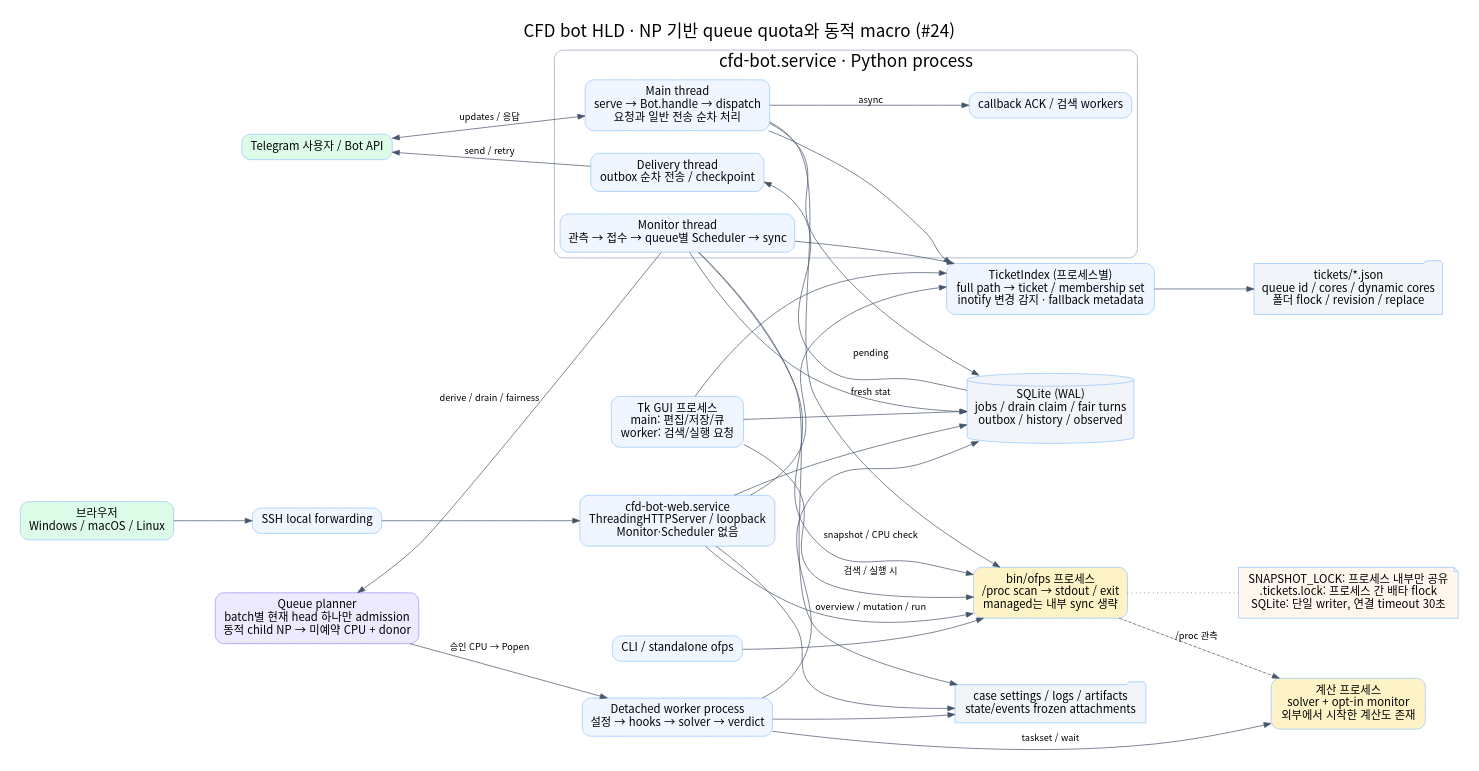
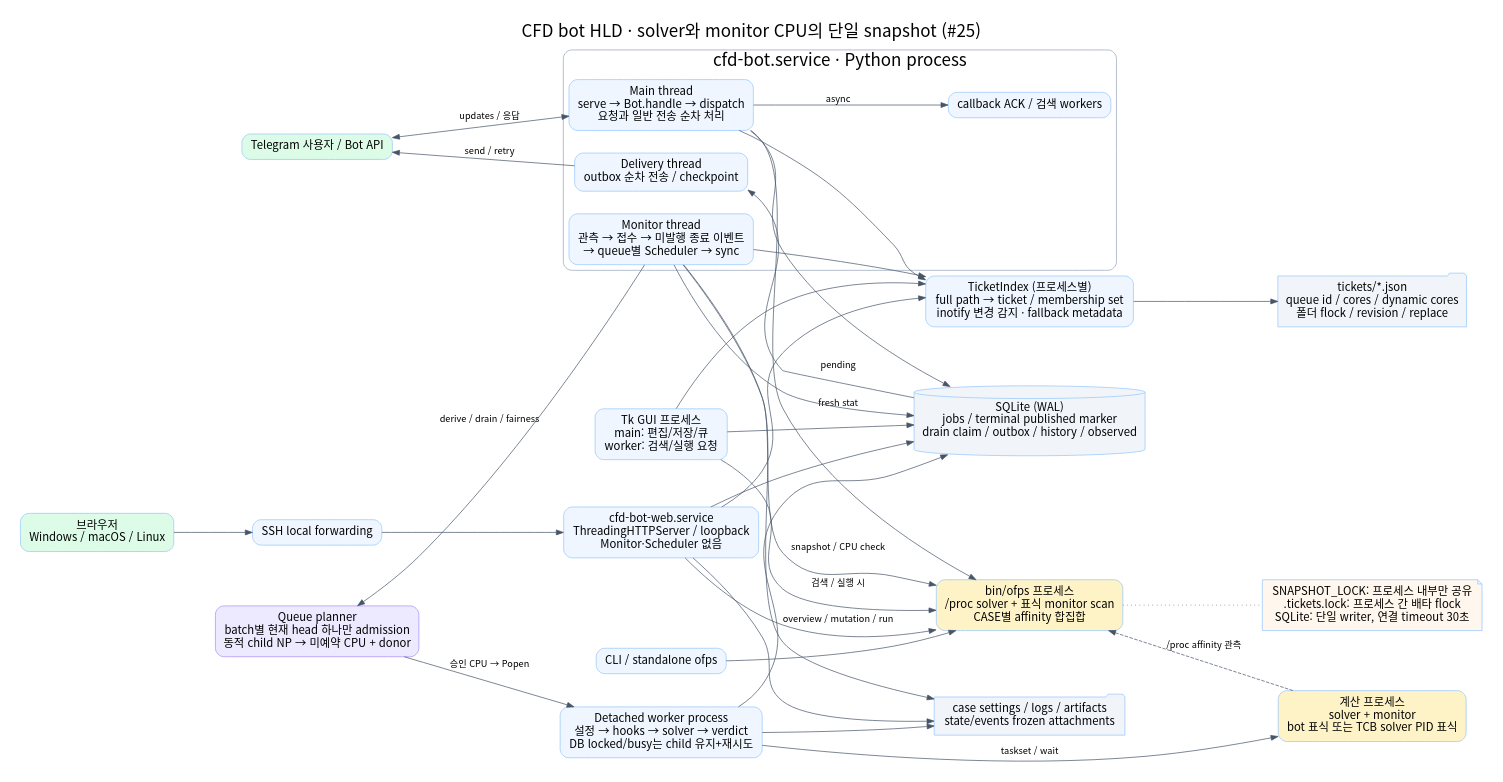
The diagram in docs/diagrams/system-hld.dot (jo0n-lab/cfd-bot), drawn with Graphviz before and after one commit. The commit also changed 45 other files, not shown here.

Commit message:
fix: track monitor CPUs and isolate SQLite lock contention

```diff
--- a/docs/diagrams/system-hld.dot
+++ b/docs/diagrams/system-hld.dot
@@ -1,43 +1,43 @@
 digraph system {
- graph [rankdir=LR,bgcolor="white",pad=0.3,nodesep=0.45,ranksep=0.8,fontname="Noto Sans CJK KR",fontsize=24,label="CFD bot HLD · NP 기반 queue quota와 동적 macro (#24)",labelloc=t];
+ graph [rankdir=LR,bgcolor="white",pad=0.3,nodesep=0.45,ranksep=0.8,fontname="Noto Sans CJK KR",fontsize=24,label="CFD bot HLD · solver와 monitor CPU의 단일 snapshot (#25)",labelloc=t];
  node [shape=box,style="rounded,filled",fillcolor="#eff6ff",color="#93c5fd",fontname="Noto Sans CJK KR",fontsize=16,margin="0.18,0.12"];
  edge [fontname="Noto Sans CJK KR",fontsize=13,color="#475569"];
  tg [label="Telegram 사용자 / Bot API",fillcolor="#dcfce7"];
  browser [label="브라우저\nWindows / macOS / Linux",fillcolor="#dcfce7"];
  ssh [label="SSH local forwarding"];
  gui [label="Tk GUI 프로세스\nmain: 편집/저장/큐\nworker: 검색/실행 요청"];
  cli [label="CLI / standalone ofps"];
  subgraph cluster_bot {
   label="cfd-bot.service · Python process";color="#94a3b8";style=rounded;
   main [label="Main thread\nserve → Bot.handle → dispatch\n요청과 일반 전송 순차 처리"];
-  mon [label="Monitor thread\n관측 → 접수 → queue별 Scheduler → sync"];
+  mon [label="Monitor thread\n관측 → 접수 → 미발행 종료 이벤트\n→ queue별 Scheduler → sync"];
   delivery [label="Delivery thread\noutbox 순차 전송 / checkpoint"];
   ack [label="callback ACK / 검색 workers"];
  }
  web [label="cfd-bot-web.service\nThreadingHTTPServer / loopback\nMonitor·Scheduler 없음"];
- scan [label="bin/ofps 프로세스\n/proc scan → stdout / exit\nmanaged는 내부 sync 생략",fillcolor="#fef3c7"];
- worker [label="Detached worker process\n설정 → hooks → solver → verdict"];
- calc [label="계산 프로세스\nsolver + opt-in monitor\n외부에서 시작한 계산도 존재",fillcolor="#fef3c7"];
- db [shape=cylinder,label="SQLite (WAL)\njobs / drain claim / fair turns\noutbox / history / observed",fillcolor="#f1f5f9"];
+ scan [label="bin/ofps 프로세스\n/proc solver + 표식 monitor scan\nCASE별 affinity 합집합",fillcolor="#fef3c7"];
+ worker [label="Detached worker process\n설정 → hooks → solver → verdict\nDB locked/busy는 child 유지+재시도"];
+ calc [label="계산 프로세스\nsolver + monitor\nbot 표식 또는 TCB solver PID 표식",fillcolor="#fef3c7"];
+ db [shape=cylinder,label="SQLite (WAL)\njobs / terminal published marker\ndrain claim / outbox / history / observed",fillcolor="#f1f5f9"];
  tickets [shape=folder,label="tickets/*.json\nqueue id / cores / dynamic cores\n폴더 flock / revision / replace",fillcolor="#f1f5f9"];
  files [shape=folder,label="case settings / logs / artifacts\nstate/events frozen attachments",fillcolor="#f1f5f9"];
  tg -> main [label="updates / 응답",dir=both];main -> ack [label="async"];
  browser -> ssh -> web;
  main -> scan [label="fresh stat"];
  mon -> scan [label="snapshot / CPU check"];
  web -> scan [label="overview / mutation / run"];
  gui -> scan [label="검색 / 실행 시"];
  cli -> scan;
  planner [label="Queue planner\nbatch별 현재 head 하나만 admission\n동적 child NP → 미예약 CPU + donor",fillcolor="#ede9fe",color="#a78bfa"];
  mon -> planner [label="derive / drain / fairness"];
  planner -> worker [label="승인 CPU → Popen"];
  worker -> calc [label="taskset / wait"];
- scan -> calc [label="/proc 관측",style=dashed];
+ scan -> calc [label="/proc affinity 관측",style=dashed,dir=back];
  main -> db;mon -> db;web -> db;gui -> db;worker -> db;
  db -> delivery [label="pending"];delivery -> tg [label="send / retry"];
  index [label="TicketIndex (프로세스별)\nfull path → ticket / membership set\ninotify 변경 감지 · fallback metadata"];
  main -> index;mon -> index;web -> index;gui -> index;index -> tickets;
  worker -> files;mon -> files;web -> files;
  note [shape=note,label="SNAPSHOT_LOCK: 프로세스 내부만 공유\n.tickets.lock: 프로세스 간 배타 flock\nSQLite: 단일 writer, 연결 timeout 30초",fillcolor="#fff7ed"];
  scan -> note [style=dotted,arrowhead=none];
 }
```
